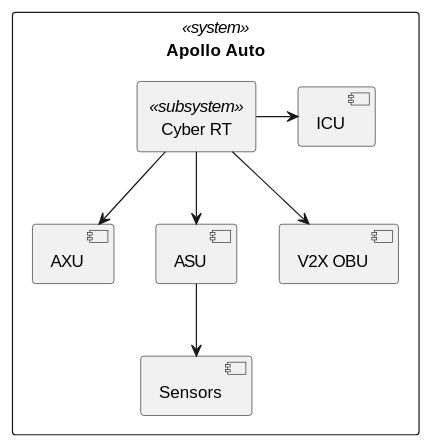
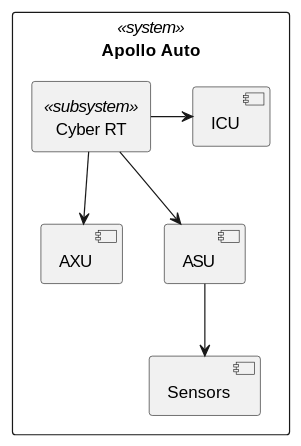
One commit to rocko/ost_sisidm_2021_apollo changed the second of 2 diagrams in src/03_system_scope_and_context.adoc. Above: the diagram before and after it, drawn with PlantUML. The commit also changed other lines of this file and 1 other file, not shown here.

```diff
--- a/src/03_system_scope_and_context.adoc
+++ b/src/03_system_scope_and_context.adoc
@@ -157,21 +157,19 @@
 [plantuml, "{plantUMLDir}TECHcontext", png]
 ----
 skinparam rectangle {
     roundCorner<<Concept>> 25
 }
 rectangle "Apollo Auto" <<system>> as AA {
 component "ICU" as ICU
 component "AXU" as AXU
 component "ASU" as ASU
-component "V2X OBU" as V2X
 rectangle "Cyber RT" <<subsystem>> as C
 
 component "Sensors" as SENS
 }
 
-C --> V2X
 C -> ICU
 C --> AXU
 ASU -d-> SENS
 C --> ASU
 ----
```
